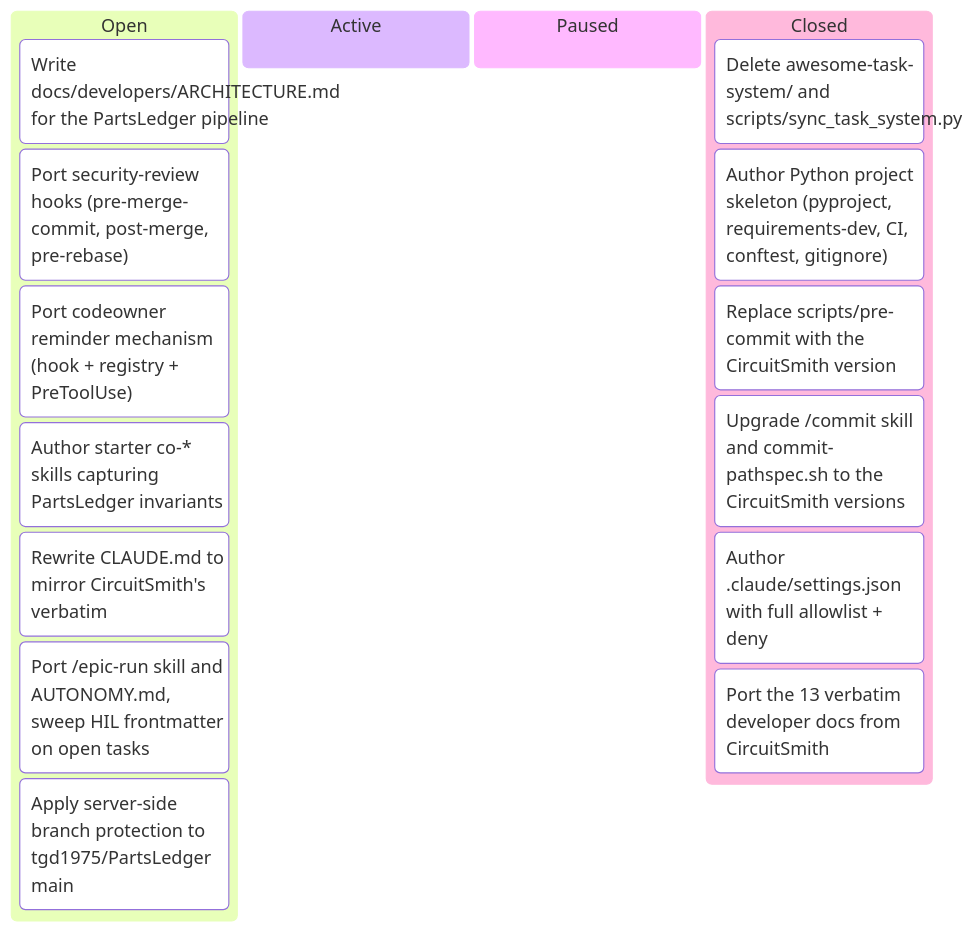
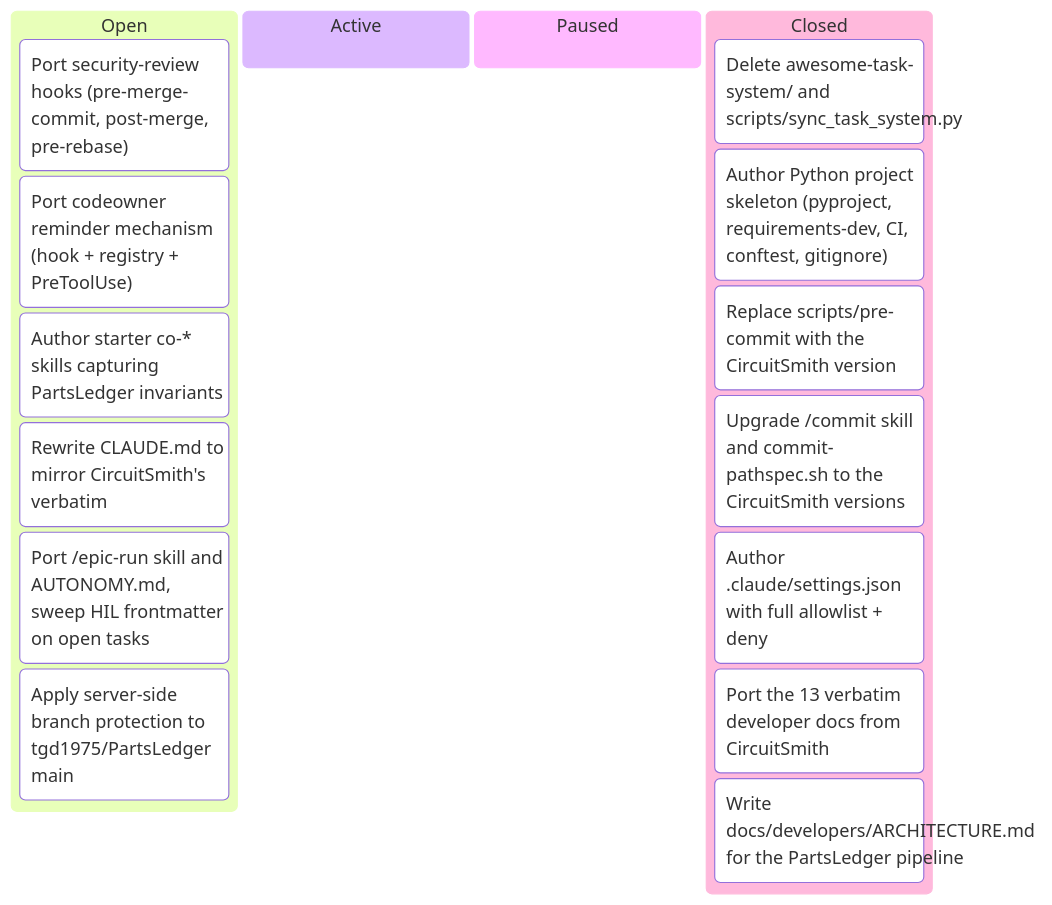
Before and after one commit to tgd1975/PartsLedger: the diagram in docs/developers/tasks/KANBAN.md, drawn with Mermaid. The commit also changed other lines of this file and 4 other files, not shown here.

First line of the commit message:
close TASK-007: Write docs/developers/ARCHITECTURE.md for PartsLedger

````diff
--- a/docs/developers/tasks/KANBAN.md
+++ b/docs/developers/tasks/KANBAN.md
@@ -11,20 +11,20 @@
 ```mermaid
 kanban
   Open
-    TASK_007["Write docs/developers/ARCHITECTURE.md for the PartsLedger pipeline"]
     TASK_008["Port security-review hooks (pre-merge-commit, post-merge, pre-rebase)"]
     TASK_009["Port codeowner reminder mechanism (hook + registry + PreToolUse)"]
     TASK_010["Author starter co-* skills capturing PartsLedger invariants"]
     TASK_011["Rewrite CLAUDE.md to mirror CircuitSmith's verbatim"]
     TASK_012["Port /epic-run skill and AUTONOMY.md, sweep HIL frontmatter on open tasks"]
     TASK_013["Apply server-side branch protection to tgd1975/PartsLedger main"]
   Active
   Paused
   Closed
     TASK_001["Delete awesome-task-system/ and scripts/sync_task_system.py"]
     TASK_002["Author Python project skeleton (pyproject, requirements-dev, CI, conftest, gitignore)"]
     TASK_003["Replace scripts/pre-commit with the CircuitSmith version"]
     TASK_004["Upgrade /commit skill and commit-pathspec.sh to the CircuitSmith versions"]
     TASK_005["Author .claude/settings.json with full allowlist + deny"]
     TASK_006["Port the 13 verbatim developer docs from CircuitSmith"]
+    TASK_007["Write docs/developers/ARCHITECTURE.md for the PartsLedger pipeline"]
 ```
````
